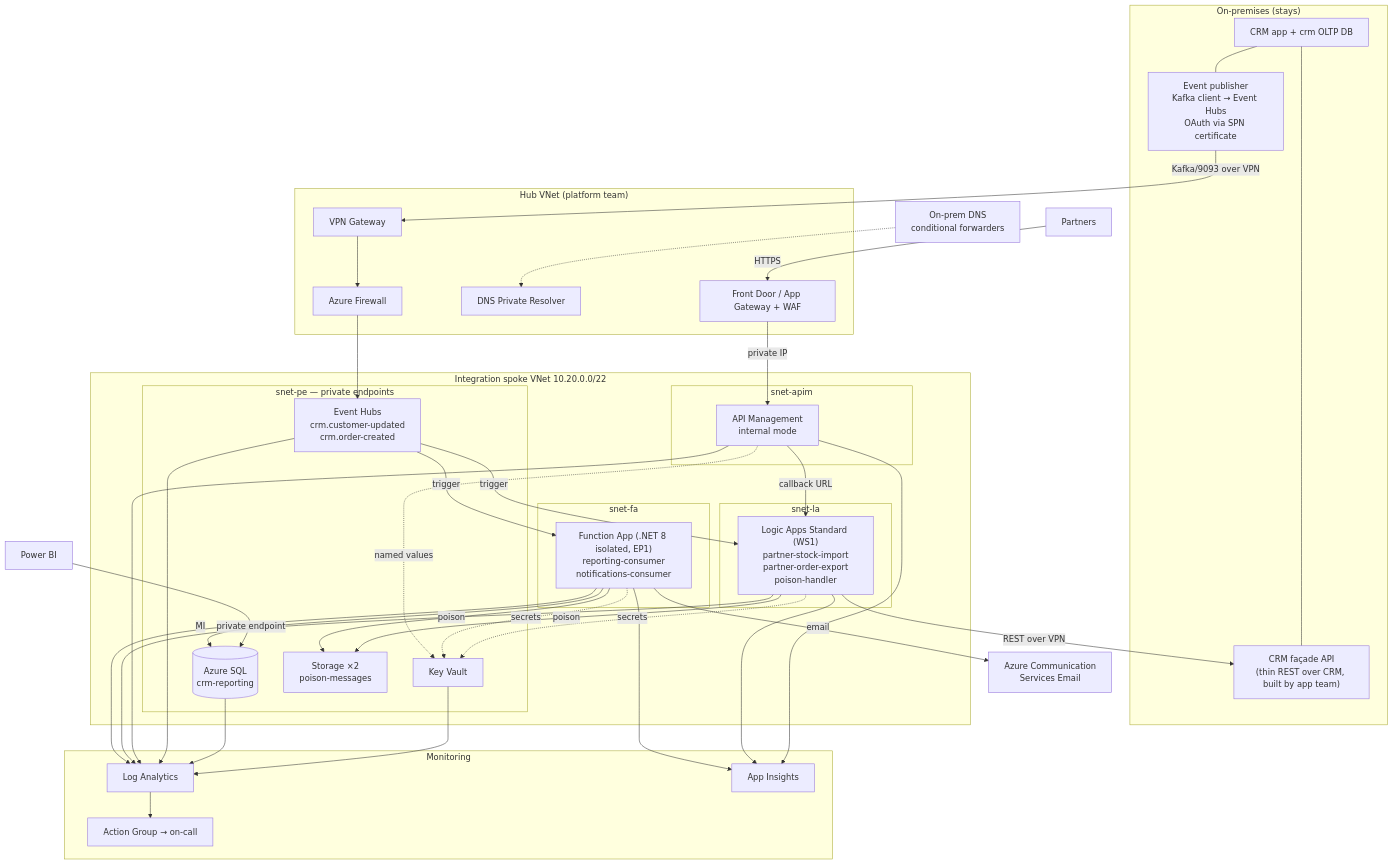
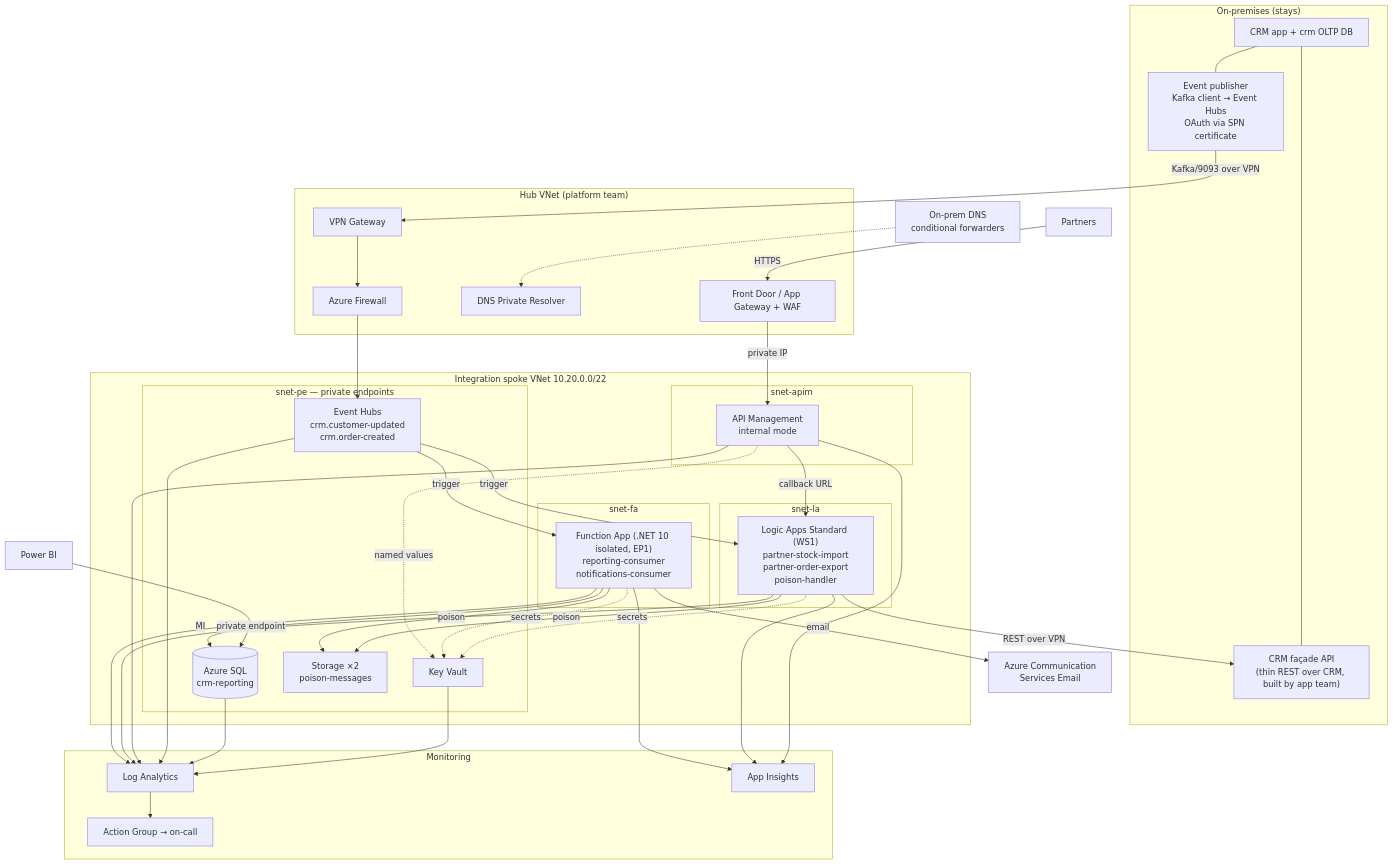
Before and after one commit to patriksima/onprem-to-azure-integration: the first of 2 diagrams in docs/04-target-architecture.md, drawn with Mermaid. The commit also changed other lines of this file and 1 other file, not shown here.

Commit message:
Target .NET 10 isolated for Function Apps
Claude-Session: https://claude.ai/code/session_01GEiyxkbtFFNfKaSWNMkpfc

````diff
--- a/docs/04-target-architecture.md
+++ b/docs/04-target-architecture.md
@@ -7,57 +7,57 @@
 ```mermaid
 flowchart TB
     subgraph OnPrem["On-premises (stays)"]
         CRM["CRM app + crm OLTP DB"]
         PUB["Event publisher<br/>Kafka client → Event Hubs<br/>OAuth via SPN certificate"]
         CRMAPI["CRM façade API<br/>(thin REST over CRM, built by app team)"]
         CRM --- PUB
         CRM --- CRMAPI
     end
 
     subgraph Hub["Hub VNet (platform team)"]
         VPN["VPN Gateway"]
         FW["Azure Firewall"]
         DNS["DNS Private Resolver"]
         AFD["Front Door / App Gateway + WAF"]
     end
 
     subgraph Spoke["Integration spoke VNet 10.20.0.0/22"]
         subgraph snetapim["snet-apim"]
             APIM["API Management<br/>internal mode"]
         end
         subgraph snetfa["snet-fa"]
-            FA["Function App (.NET 8 isolated, EP1)<br/>reporting-consumer<br/>notifications-consumer"]
+            FA["Function App (.NET 10 isolated, EP1)<br/>reporting-consumer<br/>notifications-consumer"]
         end
         subgraph snetla["snet-la"]
             LA["Logic Apps Standard (WS1)<br/>partner-stock-import<br/>partner-order-export<br/>poison-handler"]
         end
         subgraph snetpe["snet-pe — private endpoints"]
             EVH["Event Hubs<br/>crm.customer-updated<br/>crm.order-created"]
             SQLDB[("Azure SQL<br/>crm-reporting")]
             KV["Key Vault"]
             ST["Storage ×2<br/>poison-messages"]
         end
     end
 
     subgraph Mon["Monitoring"]
         LAW["Log Analytics"]
         AI["App Insights"]
         AG["Action Group → on-call"]
     end
 
     PUB -->|Kafka/9093 over VPN| VPN --> FW --> EVH
     EVH -->|trigger| FA
     EVH -->|trigger| LA
     FA -->|MI| SQLDB
     FA -->|email| ACS["Azure Communication<br/>Services Email"]
     LA -->|REST over VPN| CRMAPI
     PARTNERS["Partners"] -->|HTTPS| AFD -->|private IP| APIM -->|callback URL| LA
     APIM -.->|named values| KV
     FA & LA -.->|secrets| KV
     FA & LA -->|poison| ST
     PBI["Power BI"] -->|private endpoint| SQLDB
     FA & LA & APIM & EVH & SQLDB & KV --> LAW
     FA & LA & APIM --> AI
     LAW --> AG
     OnPremDNS["On-prem DNS<br/>conditional forwarders"] -.-> DNS
 ```
````
